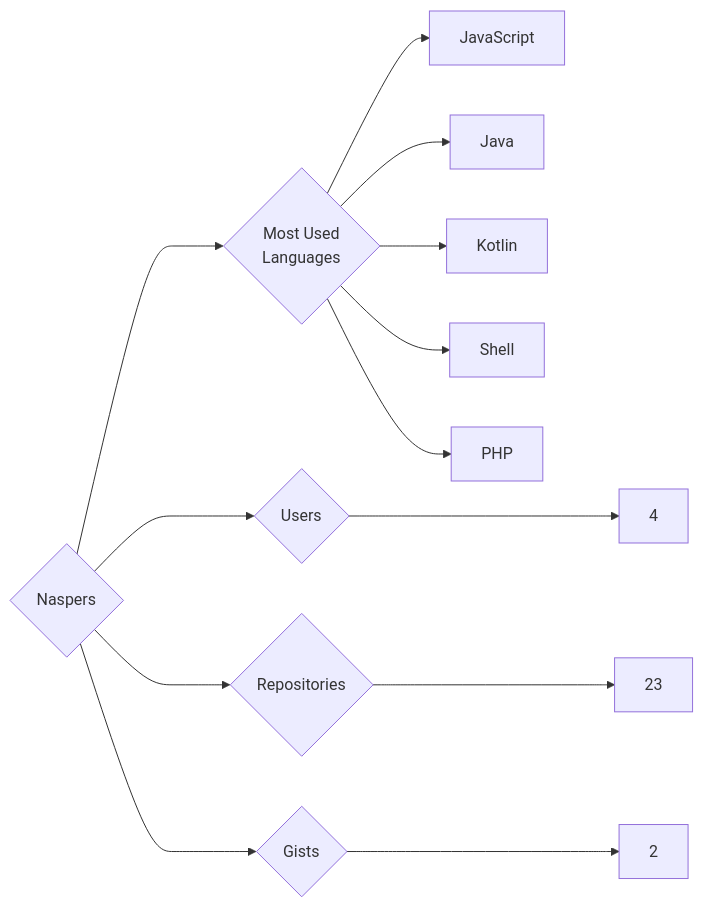
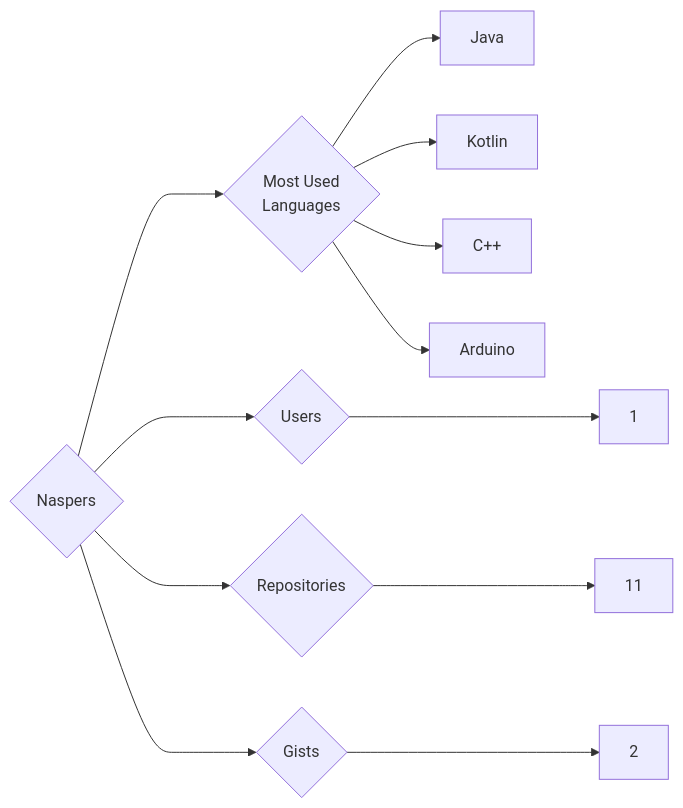
The diagram in targets/Naspers/README.md (trickest/insiders), drawn with Mermaid before and after one commit. The commit also changed 912 other files, not shown here.

````diff
--- a/targets/Naspers/README.md
+++ b/targets/Naspers/README.md
@@ -3,13 +3,12 @@
 ```mermaid
 graph LR
 COMPANY_NAME{Naspers}
-COMPANY_NAME ---> U{Users} ---> UN[4]
-COMPANY_NAME ---> R{Repositories} ---> RN[23]
+COMPANY_NAME ---> U{Users} ---> UN[1]
+COMPANY_NAME ---> R{Repositories} ---> RN[11]
 COMPANY_NAME ---> G{Gists} ---> GN[2]
 COMPANY_NAME ---> ML{Most Used<br>Languages}
-ML --> JavaScript[JavaScript]
 ML --> Java[Java]
 ML --> Kotlin[Kotlin]
-ML --> Shell[Shell]
-ML --> PHP[PHP]
+ML --> C++[C++]
+ML --> Arduino[Arduino]
 ```
````
